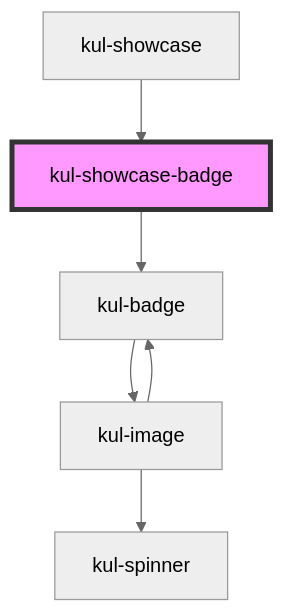
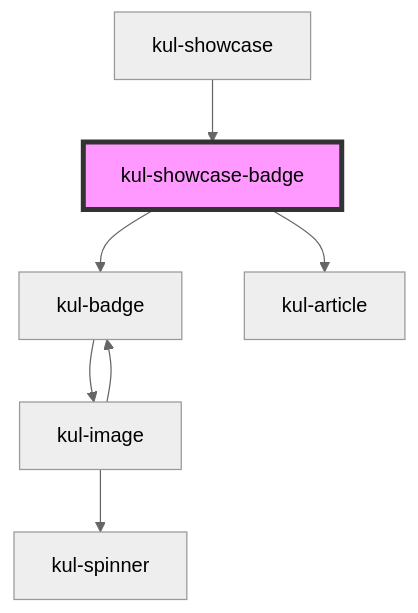
Before and after one commit to smeup/ketchup: the diagram in packages/ketchup-lite/src/components/kul-showcase/components/badge/readme.md, drawn with Mermaid (neutral theme). The commit also changed other lines of this file and 14 other files, not shown here.

````diff
--- a/packages/ketchup-lite/src/components/kul-showcase/components/badge/readme.md
+++ b/packages/ketchup-lite/src/components/kul-showcase/components/badge/readme.md
@@ -29,9 +30,10 @@
 ```mermaid
 graph TD;
   kul-showcase-badge --> kul-badge
+  kul-showcase-badge --> kul-article
   kul-badge --> kul-image
   kul-image --> kul-spinner
   kul-image --> kul-badge
   kul-showcase --> kul-showcase-badge
   style kul-showcase-badge fill:#f9f,stroke:#333,stroke-width:4px
 ```
````
